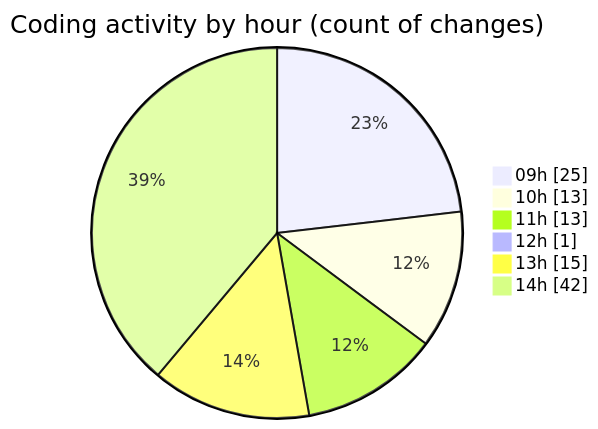
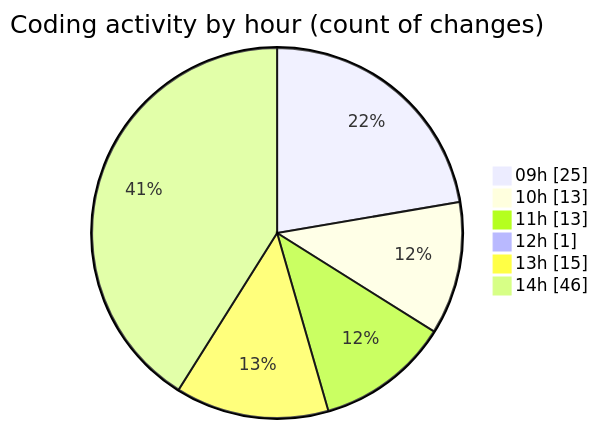
Before and after one commit to momahboobian/code-tracking: the second of 2 diagrams in 2025-05-07/cda/README.md, drawn with Mermaid. The commit also changed other lines of this file and 1 other file, not shown here.

````diff
--- a/2025-05-07/cda/README.md
+++ b/2025-05-07/cda/README.md
@@ -92,10 +94,10 @@
 ```mermaid
 pie showData
 title Coding activity by hour (count of changes)
 "09h" : 25
 "10h" : 13
 "11h" : 13
 "12h" : 1
 "13h" : 15
-"14h" : 42
+"14h" : 46
 ```
````
